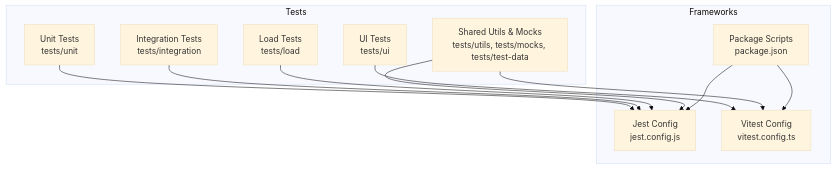
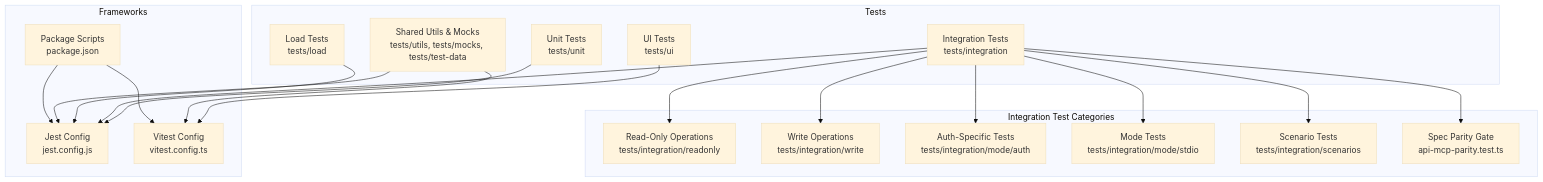
One commit to debian777/kairos-mcp changed the first of 5 diagrams in .qoder/repowiki/en/content/Testing and Quality Assurance/Testing Strategy and Frameworks.md. Above: the diagram before and after it, drawn with Mermaid (base theme). The commit also changed other lines of this file and 7 other files, not shown here.

````diff
--- a/.qoder/repowiki/en/content/Testing and Quality Assurance/Testing Strategy and Frameworks.md
+++ b/.qoder/repowiki/en/content/Testing and Quality Assurance/Testing Strategy and Frameworks.md
@@ -46,23 +61,37 @@
 ```mermaid
 graph TB
 subgraph "Tests"
 U["Unit Tests<br/>tests/unit"]
 I["Integration Tests<br/>tests/integration"]
 UI["UI Tests<br/>tests/ui"]
 L["Load Tests<br/>tests/load"]
 SH["Shared Utils & Mocks<br/>tests/utils, tests/mocks, tests/test-data"]
+end
+subgraph "Integration Test Categories"
+RO["Read-Only Operations<br/>tests/integration/readonly"]
+WR["Write Operations<br/>tests/integration/write"]
+MA["Auth-Specific Tests<br/>tests/integration/mode/auth"]
+MS["Mode Tests<br/>tests/integration/mode/stdio"]
+SC["Scenario Tests<br/>tests/integration/scenarios"]
+SP["Spec Parity Gate<br/>api-mcp-parity.test.ts"]
 end
 subgraph "Frameworks"
 J["Jest Config<br/>jest.config.js"]
 V["Vitest Config<br/>vitest.config.ts"]
 P["Package Scripts<br/>package.json"]
 end
 U --> J
 I --> J
 UI --> V
 L --> J
 SH --> J
 SH --> V
 P --> J
 P --> V
+I --> RO
+I --> WR
+I --> MA
+I --> MS
+I --> SC
+I --> SP
 ```
````
